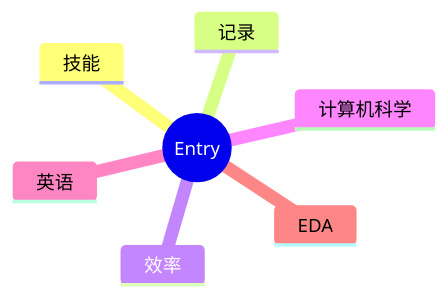
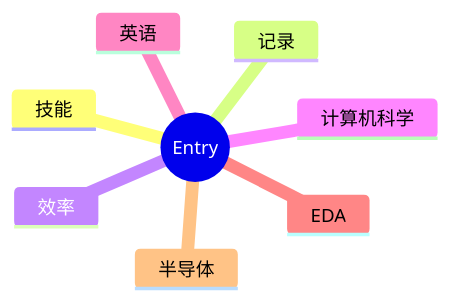
The diagram in notes/entry.md (superupon/knowledge_zh), drawn with Mermaid before and after one commit. The commit also changed other lines of this file and 1 other file, not shown here.

Commit message:
[misc] add new entry for ic area

````diff
--- a/notes/entry.md
+++ b/notes/entry.md
@@ -12,10 +13,11 @@
 ```mermaid
 mindmap
 root((Entry))
   技能
   记录
   效率
   计算机科学
   英语
   EDA
+  半导体
 ```
````
